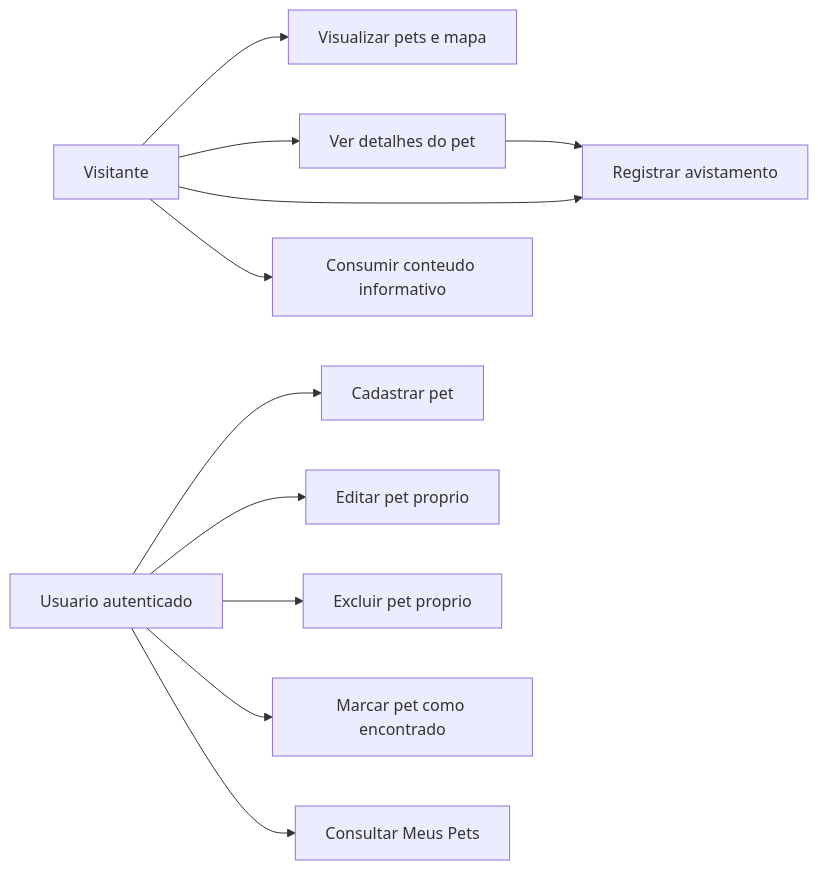
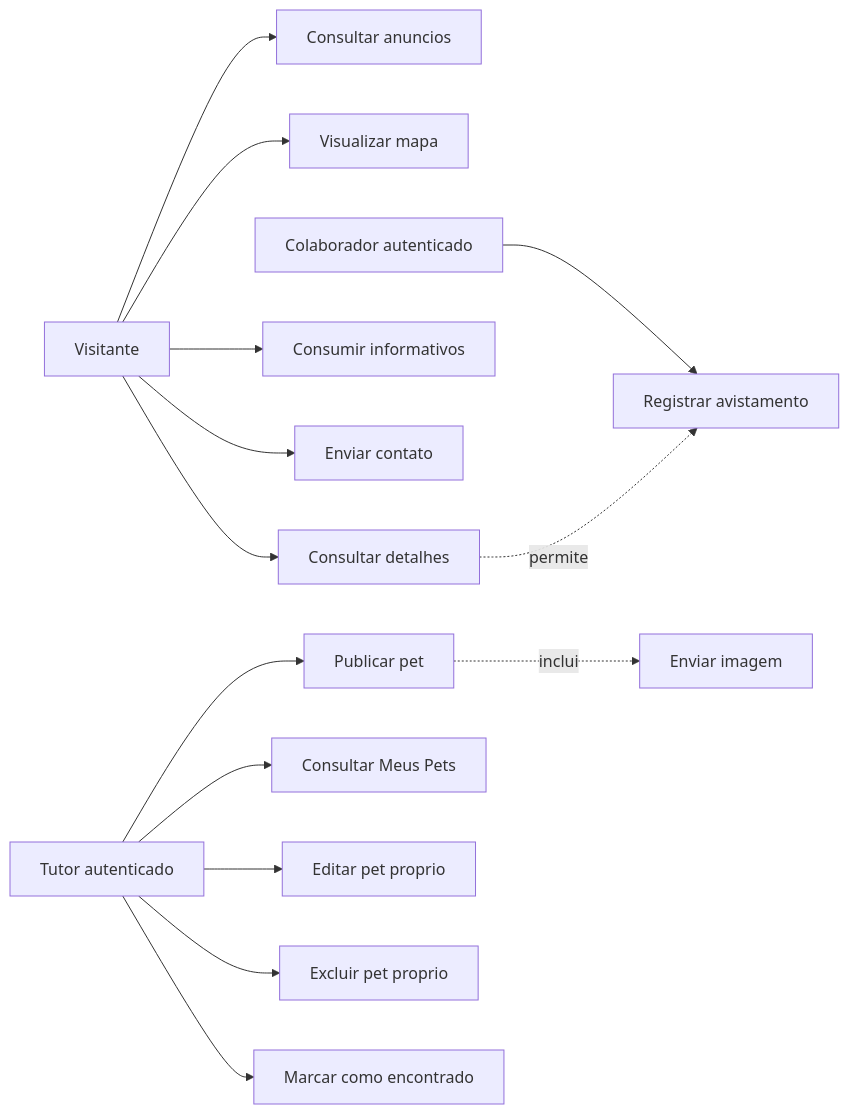
The first of 11 diagrams in docs/modelagem-site.md (Reminsonrps/PetConecta), drawn with Mermaid before and after one commit. The commit also changed other lines of this file and 163 other files, not shown here.

````diff
--- a/docs/modelagem-site.md
+++ b/docs/modelagem-site.md
@@ -41,15 +147,18 @@
 ```mermaid
 flowchart LR
-    V[Visitante] --> UC1[Visualizar pets e mapa]
-    V --> UC2[Ver detalhes do pet]
-    V --> UC3[Registrar avistamento]
-    V --> UC4[Consumir conteudo informativo]
+    V[Visitante] --> UC01[Consultar anuncios]
+    V --> UC02[Visualizar mapa]
+    V --> UC03[Consultar detalhes]
+    V --> UC04[Consumir informativos]
+    V --> UC05[Enviar contato]
 
-    U[Usuario autenticado] --> UC5[Cadastrar pet]
-    U --> UC6[Editar pet proprio]
-    U --> UC7[Excluir pet proprio]
-    U --> UC8[Marcar pet como encontrado]
-    U --> UC9[Consultar Meus Pets]
+    C[Colaborador autenticado] --> UC06[Registrar avistamento]
+    T[Tutor autenticado] --> UC07[Publicar pet]
+    T --> UC08[Consultar Meus Pets]
+    T --> UC09[Editar pet proprio]
+    T --> UC10[Excluir pet proprio]
+    T --> UC11[Marcar como encontrado]
 
-    UC2 --> UC3
+    UC03 -. permite .-> UC06
+    UC07 -. inclui .-> UC12[Enviar imagem]
 ```
````
